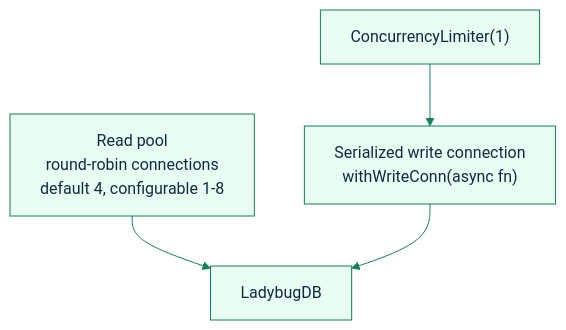
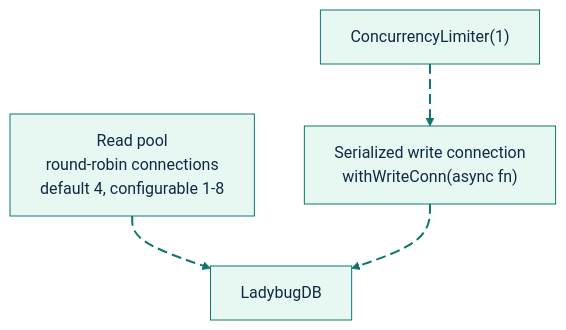
Before and after one commit to GlitterKill/sdl-mcp: the fifth of 14 diagrams in docs/architecture.md, drawn with Mermaid. The commit also changed other lines of this file and 33 other files, not shown here.

First line of the commit message:
docs: update mermaid diagram themes and styling across documentation

````diff
--- a/docs/architecture.md
+++ b/docs/architecture.md
@@ -186,8 +227,17 @@
 ```mermaid
-%%{init: {"theme":"base","themeVariables":{"primaryColor":"#e8fff1","primaryBorderColor":"#157f5b","primaryTextColor":"#102a43","secondaryColor":"#eef6ff","secondaryBorderColor":"#2563eb","tertiaryColor":"#fff4d6","tertiaryBorderColor":"#b45309","lineColor":"#157f5b","fontFamily":"Trebuchet MS, Arial"},"flowchart":{"curve":"basis"}}}%%
+%%{init: {"theme":"base","themeVariables":{"background":"#ffffff","primaryColor":"#E7F8F2","primaryBorderColor":"#0F766E","primaryTextColor":"#102A43","secondaryColor":"#E8F1FF","secondaryBorderColor":"#2563EB","secondaryTextColor":"#102A43","tertiaryColor":"#FFF4D6","tertiaryBorderColor":"#B45309","tertiaryTextColor":"#102A43","lineColor":"#0F766E","textColor":"#102A43","fontFamily":"Inter, ui-sans-serif, system-ui, -apple-system, BlinkMacSystemFont, Segoe UI, sans-serif"},"flowchart":{"curve":"basis","htmlLabels":true}}}%%
 flowchart TD
     Reads["Read pool<br/>round-robin connections<br/>default 4, configurable 1-8"]
-    Limit["ConcurrencyLimiter(1)"] --> Write["Serialized write connection<br/>withWriteConn(async fn)"]
-    Reads --> DB["LadybugDB"]
-    Write --> DB
+    Limit["ConcurrencyLimiter(1)"] e1@--> Write["Serialized write connection<br/>withWriteConn(async fn)"]
+    Reads e2@--> DB["LadybugDB"]
+    Write e3@--> DB
+
+    classDef source fill:#E7F8F2,stroke:#0F766E,stroke-width:2px,color:#102A43;
+    classDef process fill:#E8F1FF,stroke:#2563EB,stroke-width:2px,color:#102A43;
+    classDef decision fill:#FFF4D6,stroke:#B45309,stroke-width:2px,color:#102A43;
+    classDef storage fill:#F2E8FF,stroke:#7C3AED,stroke-width:2px,color:#102A43;
+    classDef output fill:#FFE8EF,stroke:#BE123C,stroke-width:2px,color:#102A43;
+    classDef muted fill:#F8FAFC,stroke:#64748B,stroke-width:1px,color:#102A43;
+    classDef animate stroke:#0F766E,stroke-width:2px,stroke-dasharray:10\,5,stroke-dashoffset:900,animation:dash 22s linear infinite;
+    class e1,e2,e3 animate;
 ```
````
